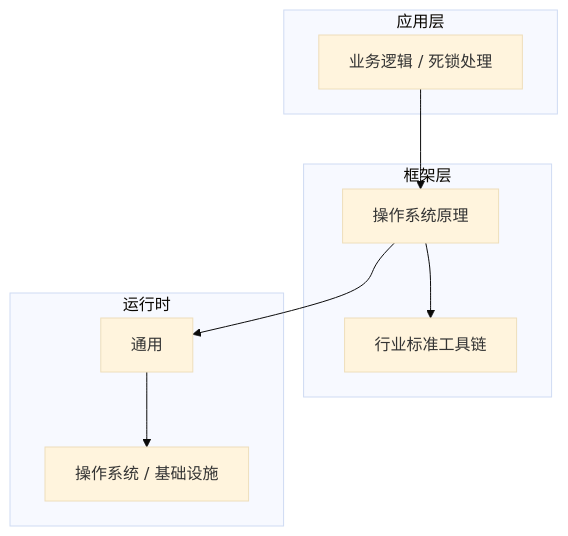
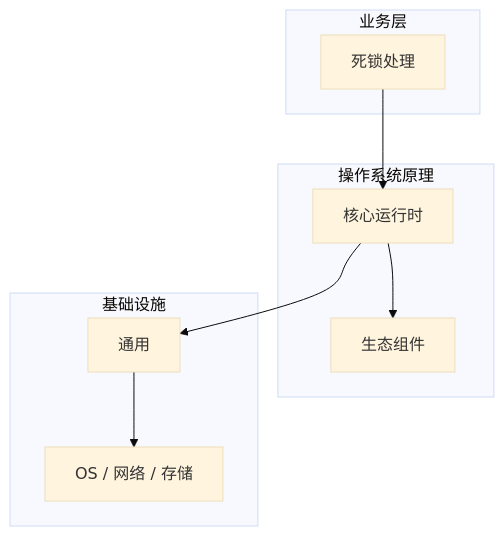
The diagram in articles/操作系统原理/chapters/045-死锁处理核心概念与原理.md (yanggan2015/knowledge-json-v2), drawn with Mermaid (base theme) before and after one commit. The commit also changed other lines of this file and 10127 other files, not shown here.

````diff
--- a/articles/操作系统原理/chapters/045-死锁处理核心概念与原理.md
+++ b/articles/操作系统原理/chapters/045-死锁处理核心概念与原理.md
@@ -45,18 +34,18 @@
 ```mermaid
 graph TB
-    subgraph 应用层
-        A[业务逻辑 / 死锁处理]
+    subgraph 业务层
+        A[死锁处理]
     end
-    subgraph 框架层
-        B[操作系统原理]
-        C[行业标准工具链]
+    subgraph 操作系统原理
+        B[核心运行时]
+        C[生态组件]
     end
-    subgraph 运行时
+    subgraph 基础设施
         D[通用]
-        E[操作系统 / 基础设施]
+        E[OS / 网络 / 存储]
     end
     A --> B
     B --> C
     B --> D
     D --> E
 ```
````
